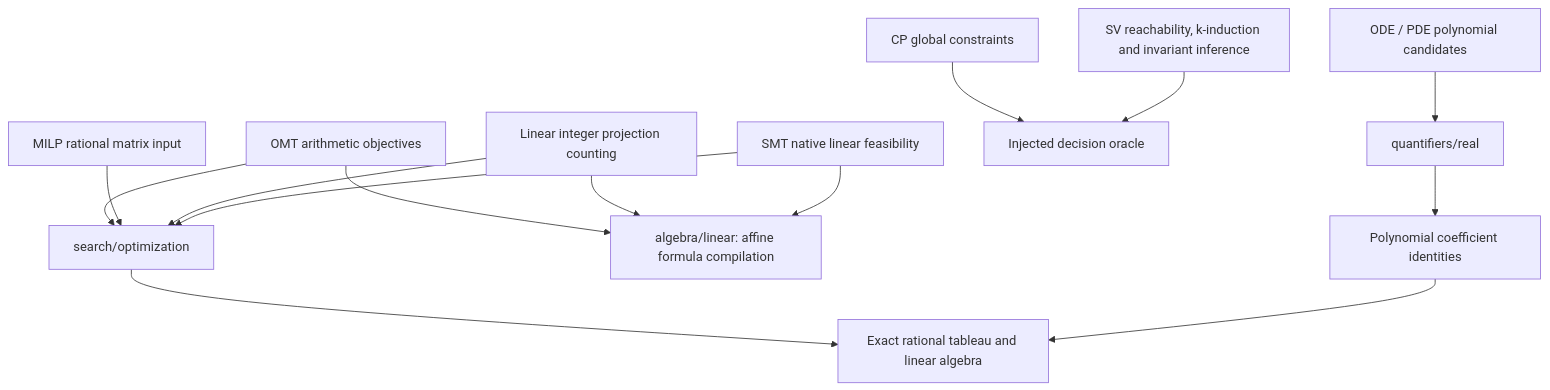
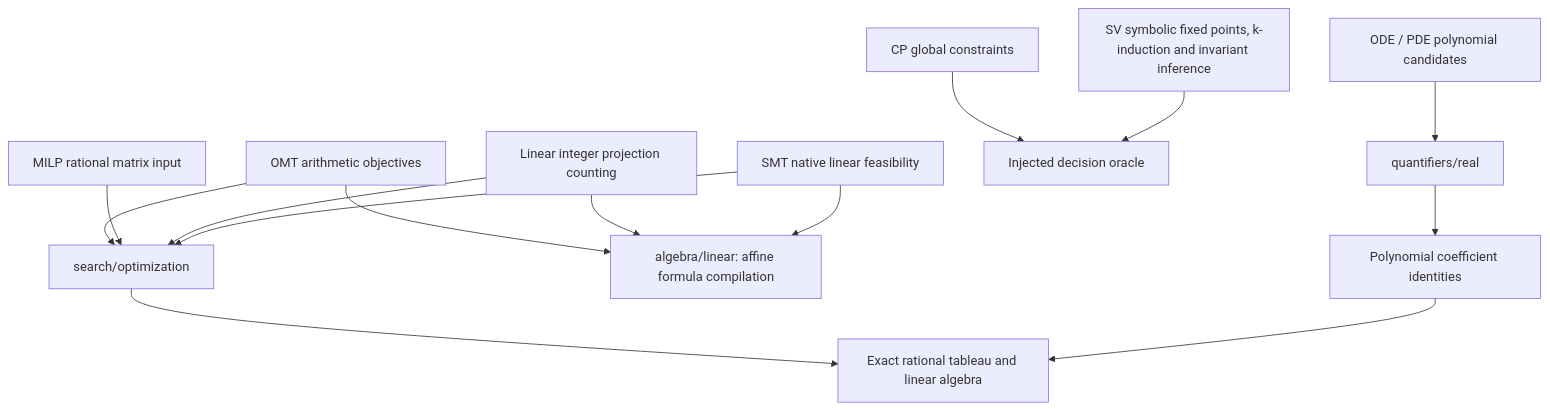
One commit to fuqi-jia/Xolver changed the third of 3 diagrams in docs/ARCHITECTURE.md. Above: the diagram before and after it, drawn with Mermaid. The commit also changed other lines of this file and 20 other files, not shown here.

````diff
--- a/docs/ARCHITECTURE.md
+++ b/docs/ARCHITECTURE.md
@@ -110,16 +110,16 @@
 ```mermaid
 flowchart TD
     OMT[OMT arithmetic objectives] --> Opt[search/optimization]
     MILP[MILP rational matrix input] --> Opt
     Count[Linear integer projection counting] --> Opt
     SMT[SMT native linear feasibility] --> Opt
     OMT --> Affine[algebra/linear: affine formula compilation]
     Count --> Affine
     SMT --> Affine
     Opt --> Rational[Exact rational tableau and linear algebra]
     CP[CP global constraints] --> Oracle[Injected decision oracle]
-    SV[SV reachability, k-induction and invariant inference] --> Oracle
+    SV[SV symbolic fixed points, k-induction and invariant inference] --> Oracle
     DE[ODE / PDE polynomial candidates] --> Real[quantifiers/real]
     Real --> Identities[Polynomial coefficient identities]
     Identities --> Rational
 ```
````
